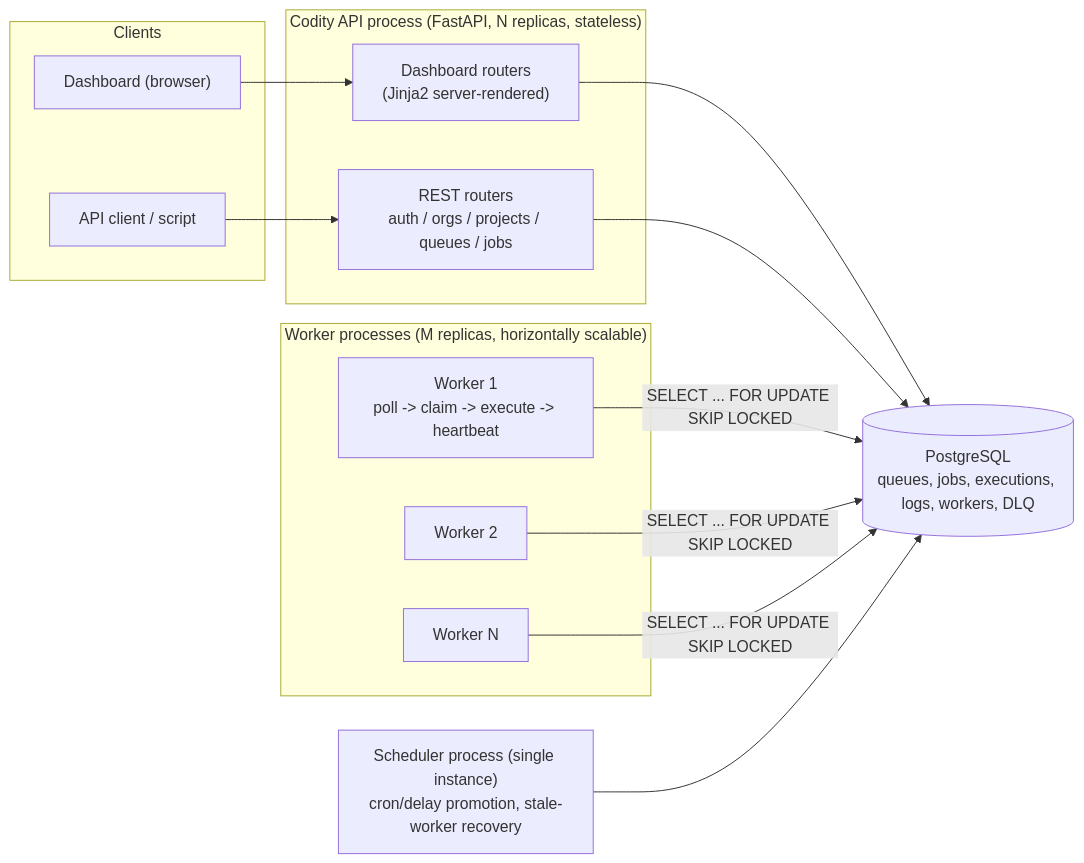
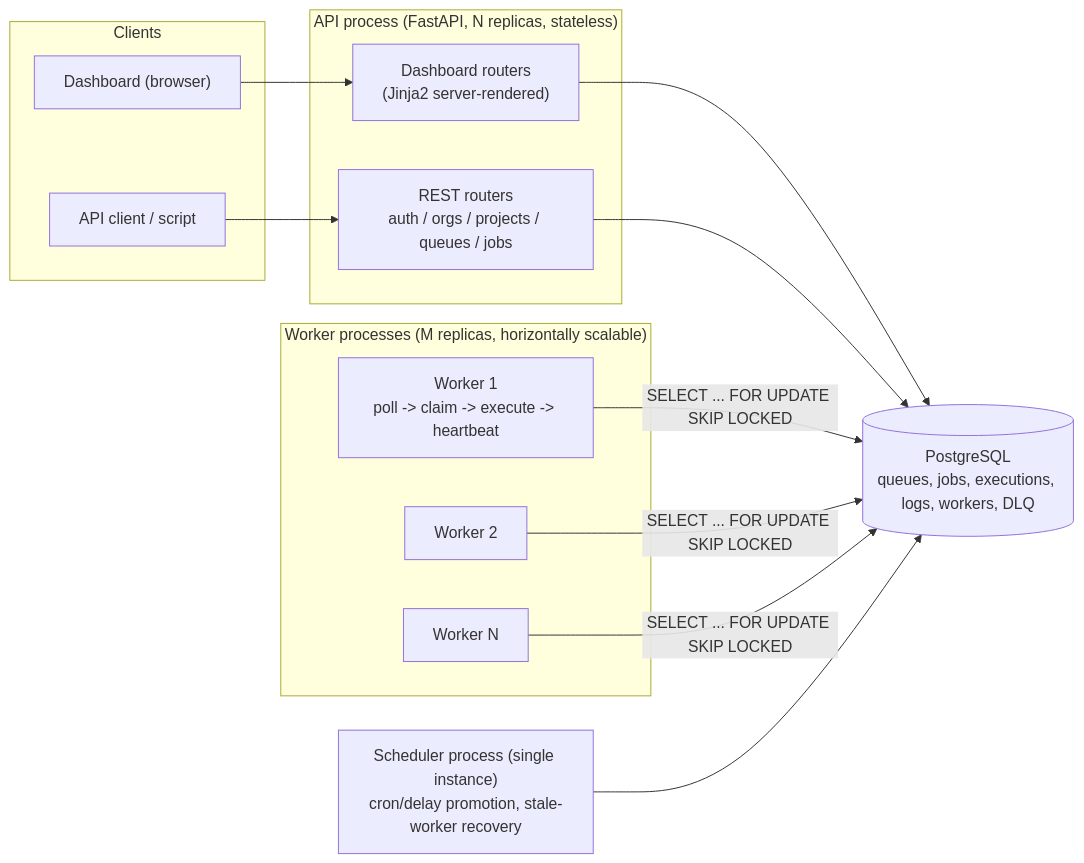
The first of 2 diagrams in docs/ARCHITECTURE.md (Krish231204/Job-Scheduler), drawn with Mermaid before and after one commit. The commit also changed 17 other files, not shown here.

````diff
--- a/docs/ARCHITECTURE.md
+++ b/docs/ARCHITECTURE.md
@@ -5,31 +5,31 @@
 ```mermaid
 flowchart LR
     subgraph Clients
         Browser["Dashboard (browser)"]
         API_Client["API client / script"]
     end
 
-    subgraph "Codity API process (FastAPI, N replicas, stateless)"
+    subgraph "API process (FastAPI, N replicas, stateless)"
         REST["REST routers\nauth / orgs / projects / queues / jobs"]
         Dash["Dashboard routers\n(Jinja2 server-rendered)"]
     end
 
     subgraph "Worker processes (M replicas, horizontally scalable)"
         W1["Worker 1\npoll -> claim -> execute -> heartbeat"]
         W2["Worker 2"]
         Wn["Worker N"]
     end
 
     Scheduler["Scheduler process (single instance)\ncron/delay promotion, stale-worker recovery"]
 
     DB[("PostgreSQL\nqueues, jobs, executions, logs, workers, DLQ")]
 
     Browser --> Dash
     API_Client --> REST
     Dash --> DB
     REST --> DB
     W1 -- "SELECT ... FOR UPDATE SKIP LOCKED" --> DB
     W2 -- "SELECT ... FOR UPDATE SKIP LOCKED" --> DB
     Wn -- "SELECT ... FOR UPDATE SKIP LOCKED" --> DB
     Scheduler --> DB
 ```
````
